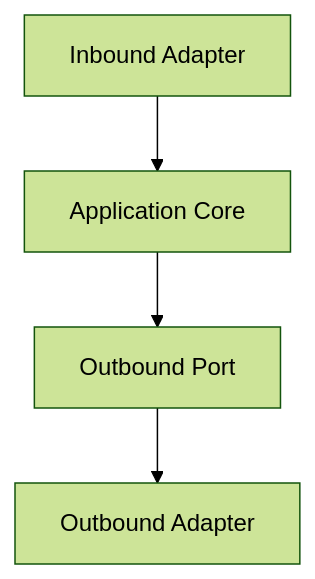
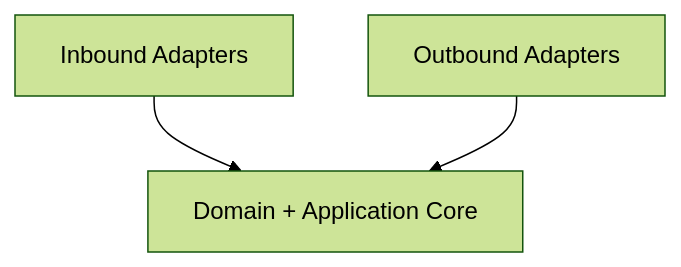
The second of 2 diagrams in docs/architectural-styles/hexagonal-architecture.md (forging-blocks-org/forging-blocks), drawn with Mermaid (forest theme) before and after one commit. The commit also changed other lines of this file and 28 other files, not shown here.

````diff
--- a/docs/architectural-styles/hexagonal-architecture.md
+++ b/docs/architectural-styles/hexagonal-architecture.md
@@ -15,6 +24,5 @@
 ```mermaid
-flowchart TD
-    IN[Inbound Adapter] --> CORE[Application Core]
-    CORE --> PORT[Outbound Port]
-    PORT --> ADP[Outbound Adapter]
+flowchart TB
+    InAdapters[Inbound Adapters] --> Core[Domain + Application Core]
+    OutAdapters[Outbound Adapters] --> Core
 ```
````
